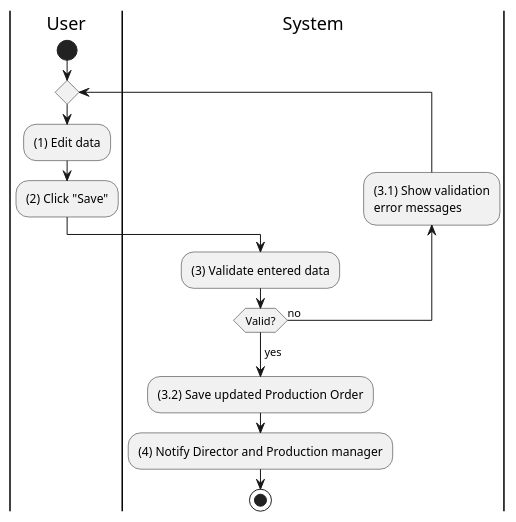
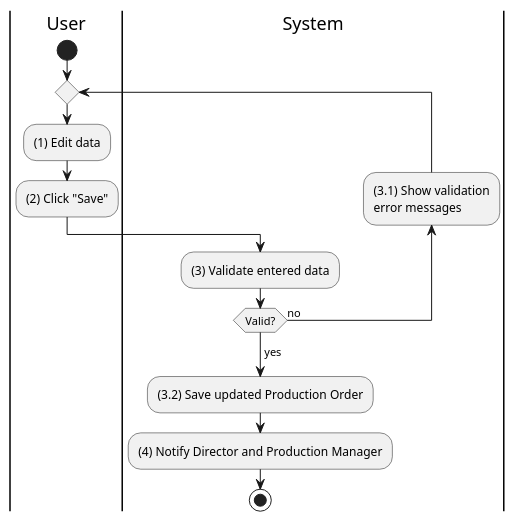
Before and after one commit to phihungha/scmss-reqs: the diagram in activities/production-order-update.plantuml, drawn with PlantUML. The commit also changed 43 other files, not shown here.

```diff
--- a/activities/production-order-update.plantuml
+++ b/activities/production-order-update.plantuml
@@ -1,20 +1,20 @@
 @startuml production-order-update
 |u|User
 |s|System
 
 |u|
 start
 repeat
     :(1) Edit data;
     :(2) Click "Save";
 
     |s|
     :(3) Validate entered data;
     backward:(3.1) Show validation
     error messages;
 repeat while (Valid?) is (no)
 ->yes;
 :(3.2) Save updated Production Order;
-:(4) Notify Director and Production manager;
+:(4) Notify Director and Production Manager;
 stop
 @enduml
```
